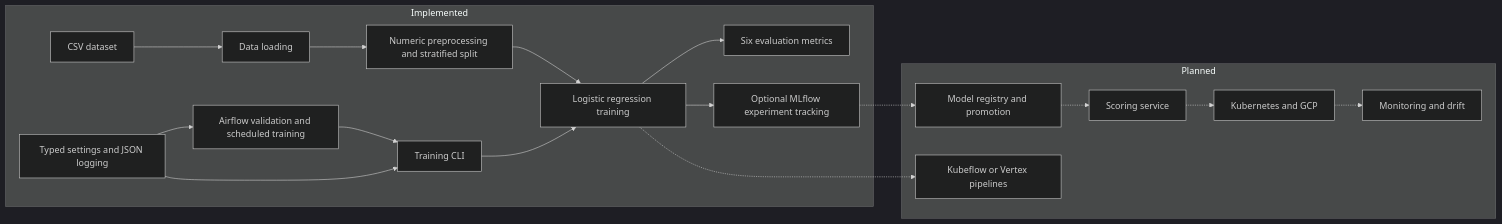
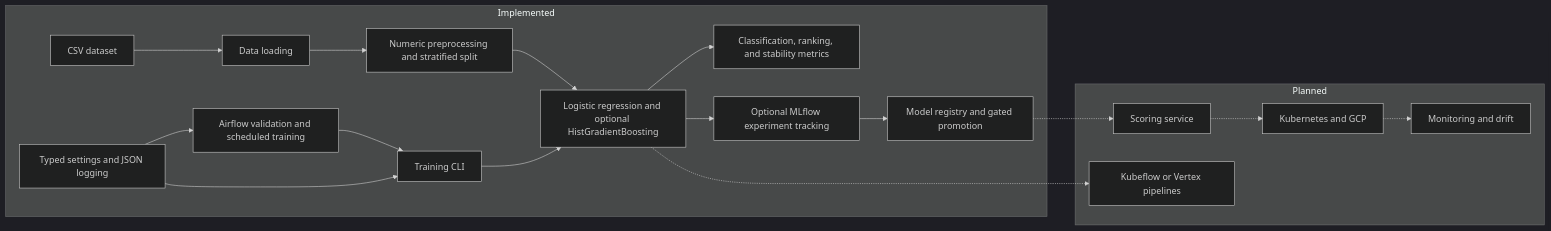
Before and after one commit to jakos/credit-scoring: the diagram in README.md, drawn with Mermaid (dark theme). The commit also changed other lines of this file and 33 other files, not shown here.

First line of the commit message:
feat: add MLflow registry lifecycle with gated champion promotion

````diff
--- a/README.md
+++ b/README.md
@@ -14,26 +14,25 @@
 ```mermaid
 flowchart LR
     subgraph current[Implemented]
         CSV[CSV dataset] --> Data[Data loading]
         Data --> Features[Numeric preprocessing and stratified split]
-        Features --> Train[Logistic regression training]
-        Train --> Eval[Six evaluation metrics]
+        Features --> Train[Logistic regression and optional HistGradientBoosting]
+        Train --> Eval[Classification, ranking, and stability metrics]
         CLI[Training CLI] --> Train
         Airflow[Airflow validation and scheduled training] --> CLI
         Train --> MLflow[Optional MLflow experiment tracking]
+        MLflow --> Registry[Model registry and gated promotion]
         Settings[Typed settings and JSON logging] --> CLI
         Settings --> Airflow
     end
     subgraph future[Planned]
-        Registry[Model registry and promotion]
         API[Scoring service]
         Cloud[Kubernetes and GCP]
         Pipelines[Kubeflow or Vertex pipelines]
         Monitor[Monitoring and drift]
     end
-    MLflow -.-> Registry
     Registry -.-> API
     API -.-> Cloud
     Cloud -.-> Monitor
     Train -.-> Pipelines
 ```
````
